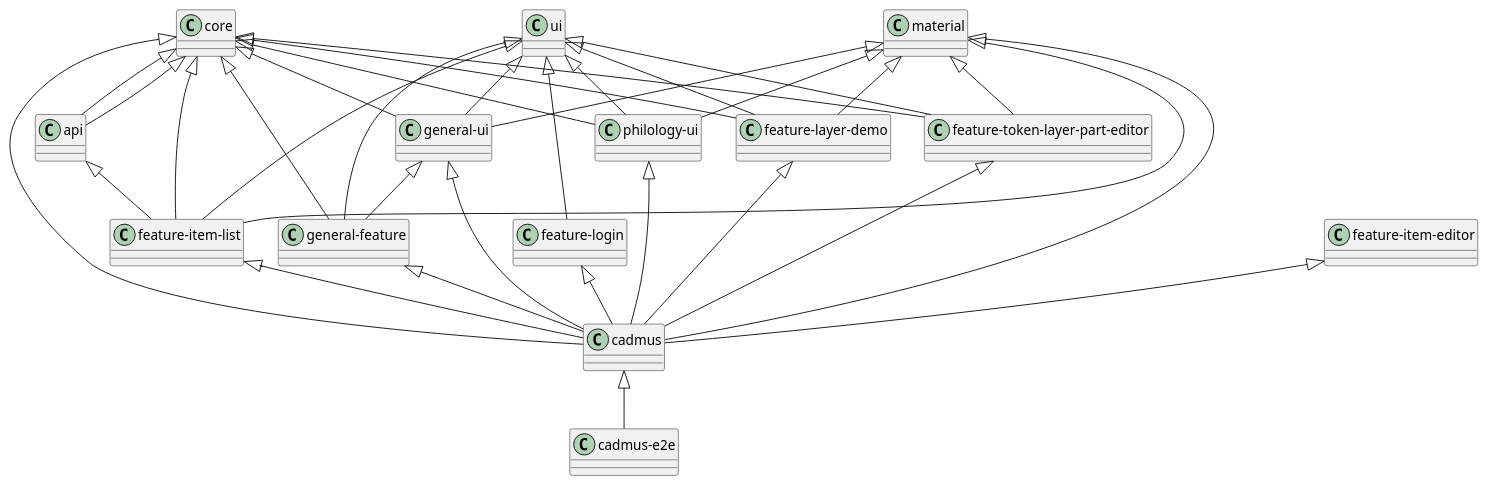
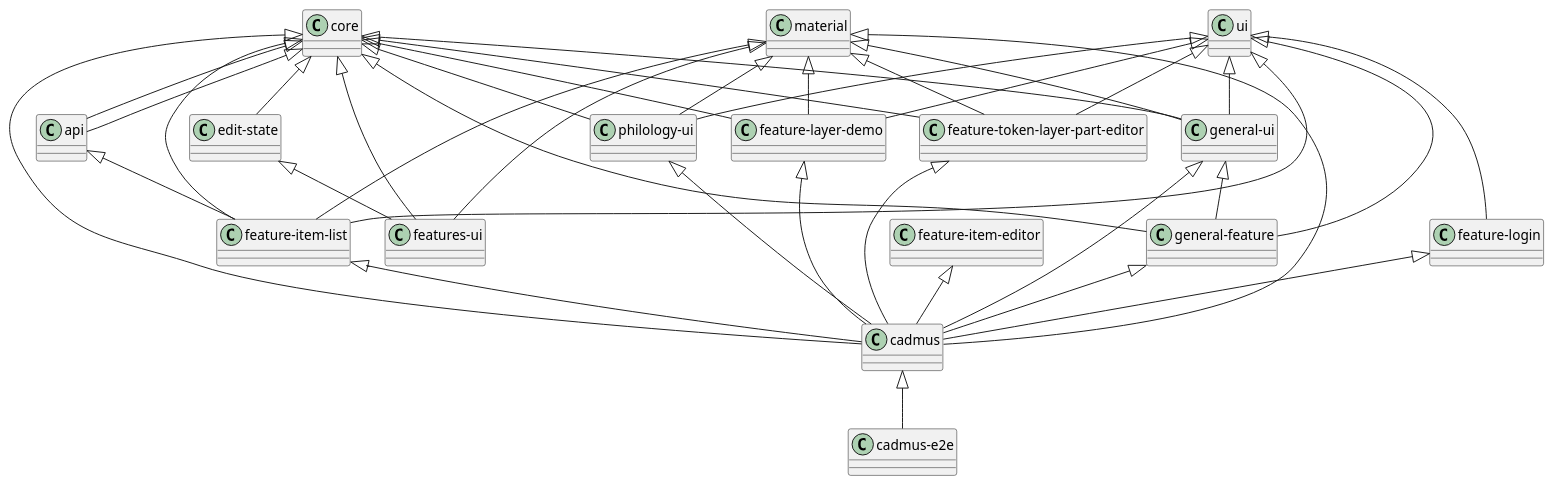
Before and after one commit to vedph/cadmus_web: the diagram in README.md, drawn with PlantUML. The commit also changed 21 other files, not shown here.

````diff
--- a/README.md
+++ b/README.md
@@ -28,37 +28,41 @@
 ```plantuml
 @startuml
 core <|-- api
 core <|-- "general-ui"
 core <|-- "general-feature"
 core <|-- "philology-ui"
+core <|-- "features-ui"
 core <|-- "feature-layer-demo"
 core <|-- "feature-item-list"
 core <|-- "feature-token-layer-part-editor"
 api <|-- "feature-item-list"
 core <|-- api
 core <|-- cadmus
 material <|-- "general-ui"
 material <|-- "philology-ui"
+material <|-- "features-ui"
 material <|-- "feature-layer-demo"
 material <|-- "feature-item-list"
 material <|-- "feature-token-layer-part-editor"
 material <|-- cadmus
+core <|-- "edit-state"
+"edit-state" <|-- "features-ui"
 ui <|-- "general-ui"
 ui <|-- "general-feature"
 ui <|-- "philology-ui"
 ui <|-- "feature-layer-demo"
 ui <|-- "feature-item-list"
 ui <|-- "feature-login"
 ui <|-- "feature-token-layer-part-editor"
 "general-ui" <|-- cadmus
 "general-ui" <|-- "general-feature"
 "general-feature" <|-- cadmus
 "philology-ui" <|-- cadmus
 "feature-layer-demo" <|-- cadmus
 "feature-item-list" <|-- cadmus
 "feature-item-editor" <|-- cadmus
 "feature-token-layer-part-editor" <|-- cadmus
 "feature-login" <|-- cadmus
 cadmus <|-- "cadmus-e2e"
 @enduml
 ```
````
